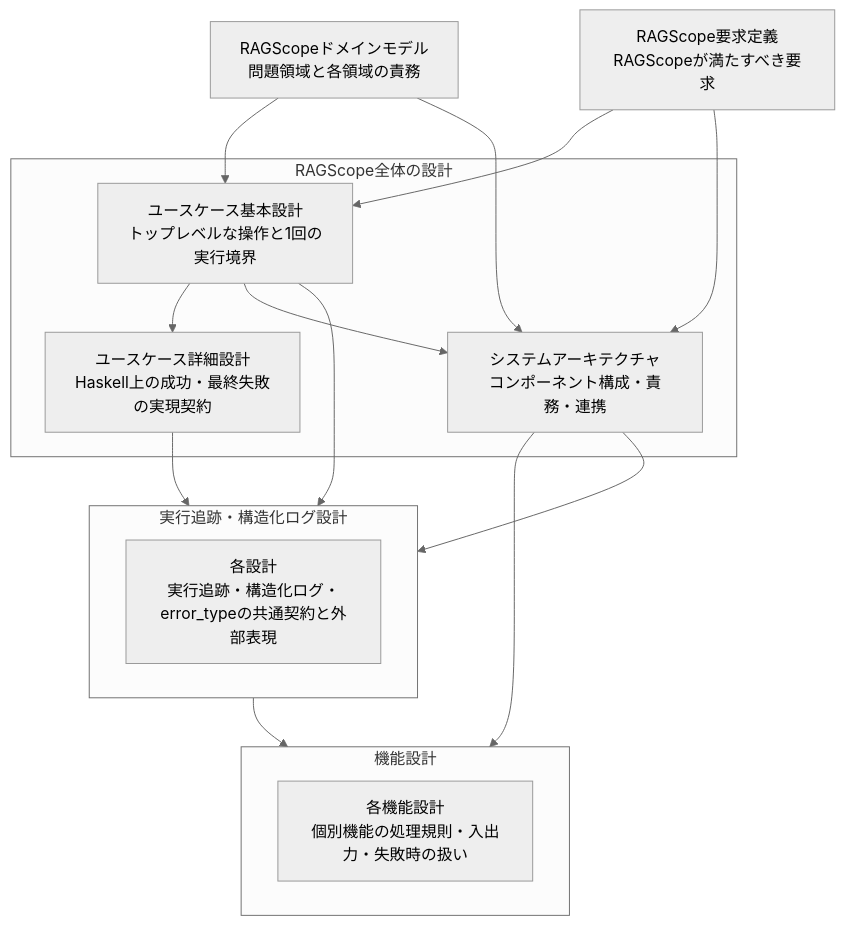
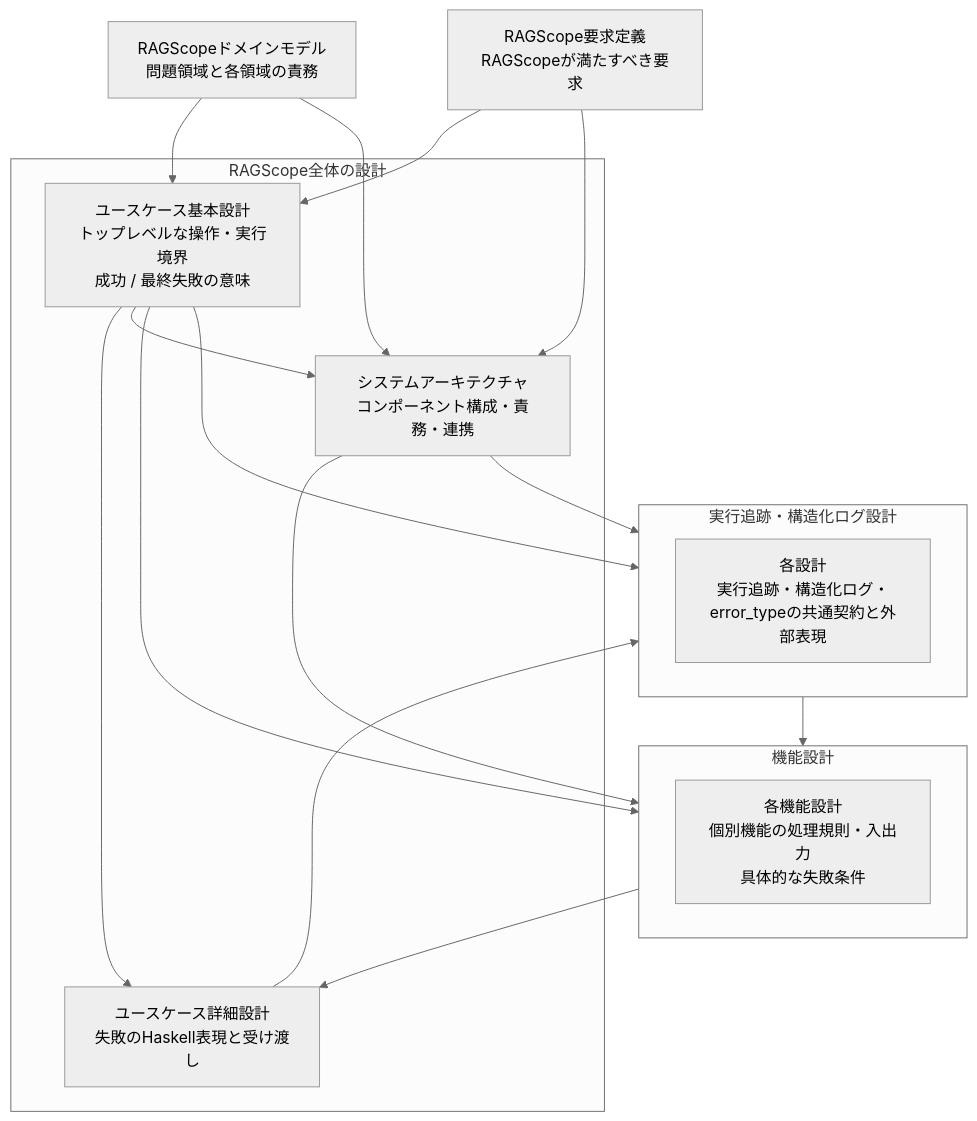
One commit to takashit16833/RAGScope changed the diagram in project-docs/design/README.md. Above: the diagram before and after it, drawn with Mermaid (neutral theme). The commit also changed other lines of this file, not shown here.

````diff
--- a/project-docs/design/README.md
+++ b/project-docs/design/README.md
@@ -21,33 +21,35 @@
 ```mermaid
 flowchart TD
     Domain["RAGScopeドメインモデル<br>問題領域と各領域の責務"]
     Requirements["RAGScope要求定義<br>RAGScopeが満たすべき要求"]
 
     subgraph Core["RAGScope全体の設計"]
-        UseCase["ユースケース基本設計<br>トップレベルな操作と1回の実行境界"]
-        UseCaseDetail["ユースケース詳細設計<br>Haskell上の成功・最終失敗の実現契約"]
+        UseCase["ユースケース基本設計<br>トップレベルな操作・実行境界<br>成功 / 最終失敗の意味"]
+        UseCaseDetail["ユースケース詳細設計<br>失敗のHaskell表現と受け渡し"]
         Architecture["システムアーキテクチャ<br>コンポーネント構成・責務・連携"]
         UseCase --> UseCaseDetail
         UseCase --> Architecture
     end
 
     subgraph Features["機能設計"]
-        FeatureDesigns["各機能設計<br>個別機能の処理規則・入出力・失敗時の扱い"]
+        FeatureDesigns["各機能設計<br>個別機能の処理規則・入出力<br>具体的な失敗条件"]
     end
 
     subgraph Logging["実行追跡・構造化ログ設計"]
         LoggingDesigns["各設計<br>実行追跡・構造化ログ・error_typeの共通契約と外部表現"]
     end
 
     Domain --> UseCase
     Requirements --> UseCase
     Domain --> Architecture
     Requirements --> Architecture
 
     Architecture --> Features
+    UseCase --> Features
+    Features --> UseCaseDetail
 
     UseCase --> Logging
     UseCaseDetail --> Logging
     Architecture --> Logging
     Logging --> Features
 ```
````
